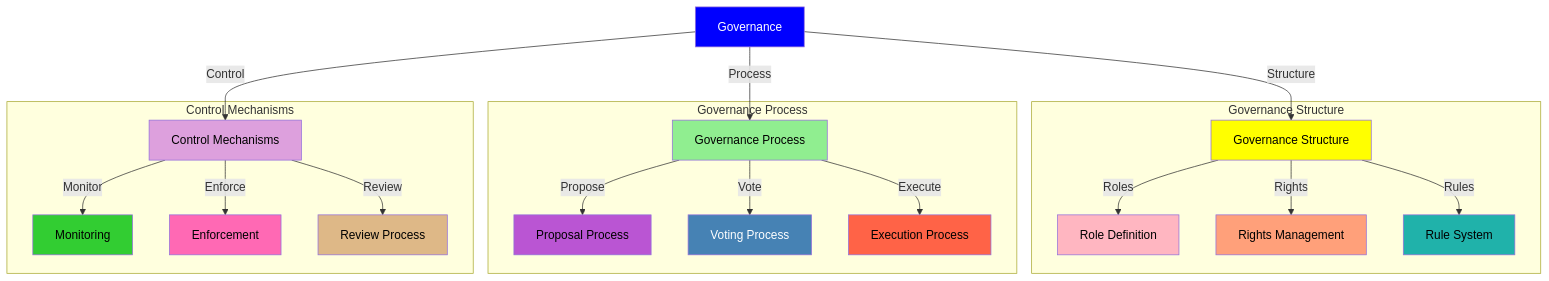
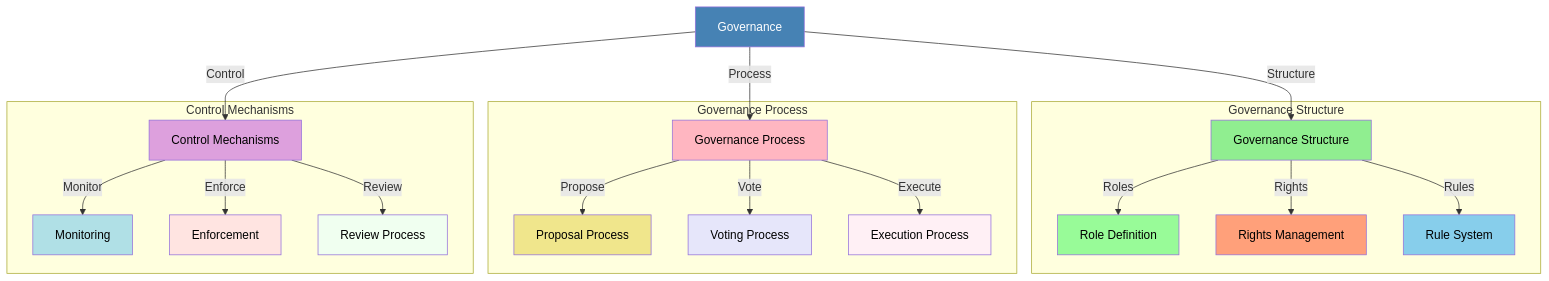
The third of 8 diagrams in docs/whitepaper/governance.md (MEMEFANS/memefans), drawn with Mermaid before and after one commit. The commit also changed 4 other files, not shown here.

Commit message:
fix: update mermaid diagrams with improved styles and standard syntax

````diff
--- a/docs/whitepaper/governance.md
+++ b/docs/whitepaper/governance.md
@@ -70,38 +70,38 @@
 ```mermaid
 graph TD
     A[Governance] -->|Structure| B[Governance Structure]
     A -->|Process| C[Governance Process]
     A -->|Control| D[Control Mechanisms]
     
     subgraph Governance Structure
     B -->|Roles| E[Role Definition]
     B -->|Rights| F[Rights Management]
     B -->|Rules| G[Rule System]
     end
     
     subgraph Governance Process
     C -->|Propose| H[Proposal Process]
     C -->|Vote| I[Voting Process]
     C -->|Execute| J[Execution Process]
     end
     
     subgraph Control Mechanisms
     D -->|Monitor| K[Monitoring]
     D -->|Enforce| L[Enforcement]
     D -->|Review| M[Review Process]
     end
     
-    style A fill:#0000FF,color:#FFFFFF
-    style B fill:#FFFF00,color:#000000
-    style C fill:#90EE90,color:#000000
+    style A fill:#4682B4,color:#FFFFFF
+    style B fill:#90EE90,color:#000000
+    style C fill:#FFB6C1,color:#000000
     style D fill:#DDA0DD,color:#000000
-    style E fill:#FFB6C1,color:#000000
+    style E fill:#98FB98,color:#000000
     style F fill:#FFA07A,color:#000000
-    style G fill:#20B2AA,color:#000000
-    style H fill:#BA55D3,color:#000000
-    style I fill:#4682B4,color:#FFFFFF
-    style J fill:#FF6347,color:#000000
-    style K fill:#32CD32,color:#000000
-    style L fill:#FF69B4,color:#000000
-    style M fill:#DEB887,color:#000000
+    style G fill:#87CEEB,color:#000000
+    style H fill:#F0E68C,color:#000000
+    style I fill:#E6E6FA,color:#000000
+    style J fill:#FFF0F5,color:#000000
+    style K fill:#B0E0E6,color:#000000
+    style L fill:#FFE4E1,color:#000000
+    style M fill:#F0FFF0,color:#000000
 ```
````
